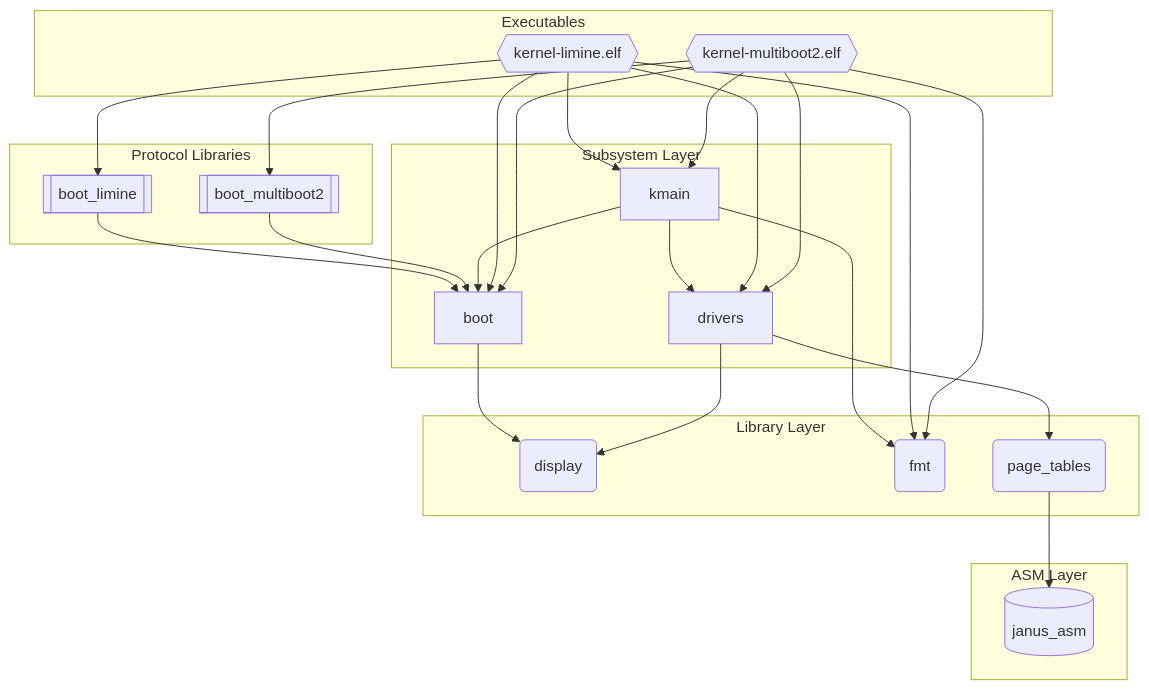
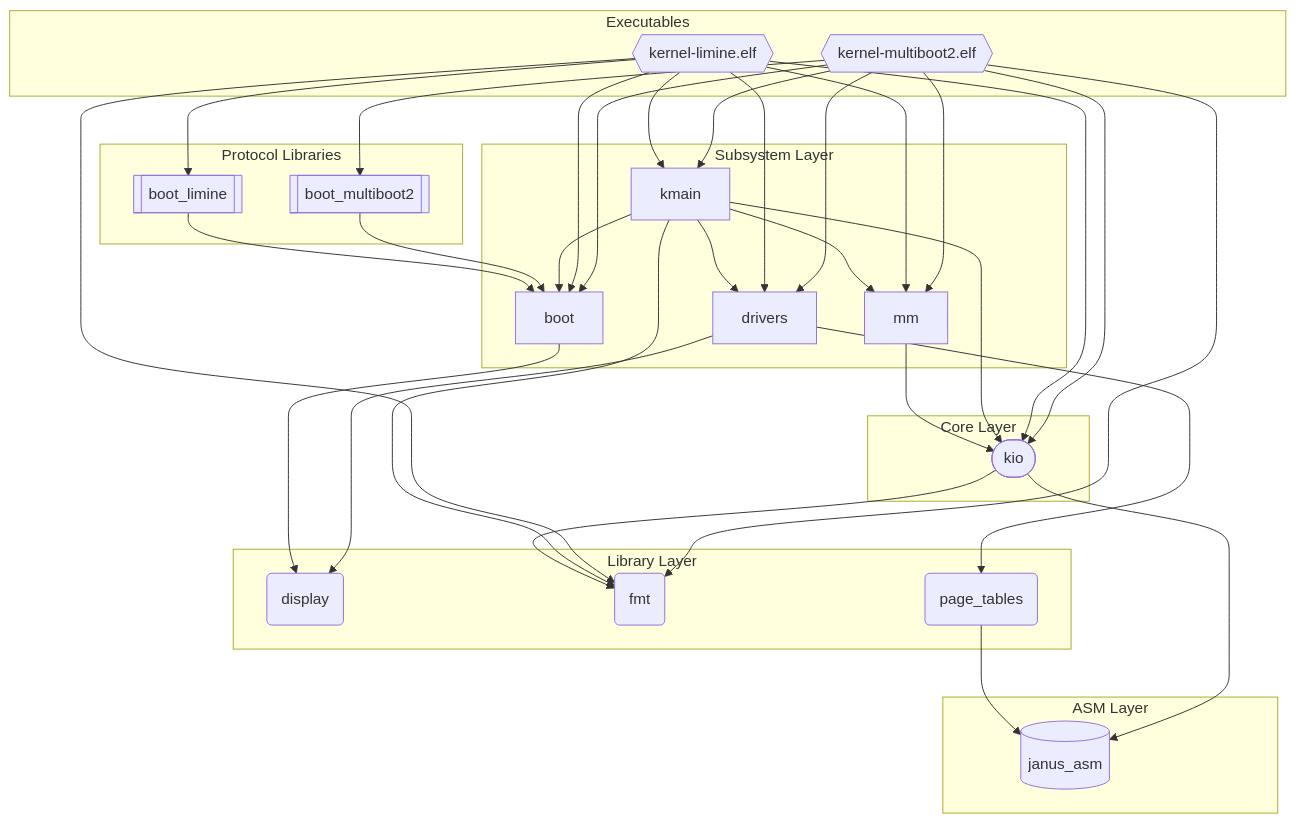
Before and after one commit to FrederikTobner/JANUS: the diagram in docs/src/generated/deps-x86_64.md, drawn with Mermaid. The commit also changed 61 other files, not shown here.

````diff
--- a/docs/src/generated/deps-x86_64.md
+++ b/docs/src/generated/deps-x86_64.md
@@ -3,43 +3,56 @@
 ```mermaid
 graph TD
   subgraph lib_layer["Library Layer"]
     display("display")
     fmt("fmt")
     page_tables("page_tables")
   end
+  subgraph core_layer["Core Layer"]
+    kio(["kio"])
+  end
   subgraph subsys_layer["Subsystem Layer"]
     boot["boot"]
     drivers["drivers"]
+    mm["mm"]
     kmain["kmain"]
   end
   subgraph proto_layer["Protocol Libraries"]
     boot_limine[["boot_limine"]]
     boot_multiboot2[["boot_multiboot2"]]
   end
   subgraph exec_layer["Executables"]
     kernel_limine_elf{{"kernel-limine.elf"}}
     kernel_multiboot2_elf{{"kernel-multiboot2.elf"}}
   end
   subgraph asm_layer["ASM Layer"]
     janus_asm[("janus_asm")]
   end
   page_tables --> janus_asm
+  kio --> fmt
+  kio --> janus_asm
   boot --> display
   boot_limine --> boot
   boot_multiboot2 --> boot
   drivers --> display
   drivers --> page_tables
+  mm --> kio
   kmain --> drivers
   kmain --> boot
   kmain --> fmt
+  kmain --> kio
+  kmain --> mm
   kernel_limine_elf --> drivers
   kernel_limine_elf --> boot
   kernel_limine_elf --> fmt
   kernel_limine_elf --> boot_limine
+  kernel_limine_elf --> kio
+  kernel_limine_elf --> mm
   kernel_limine_elf --> kmain
   kernel_multiboot2_elf --> drivers
   kernel_multiboot2_elf --> boot
   kernel_multiboot2_elf --> fmt
   kernel_multiboot2_elf --> boot_multiboot2
+  kernel_multiboot2_elf --> kio
+  kernel_multiboot2_elf --> mm
   kernel_multiboot2_elf --> kmain
 ```
````
